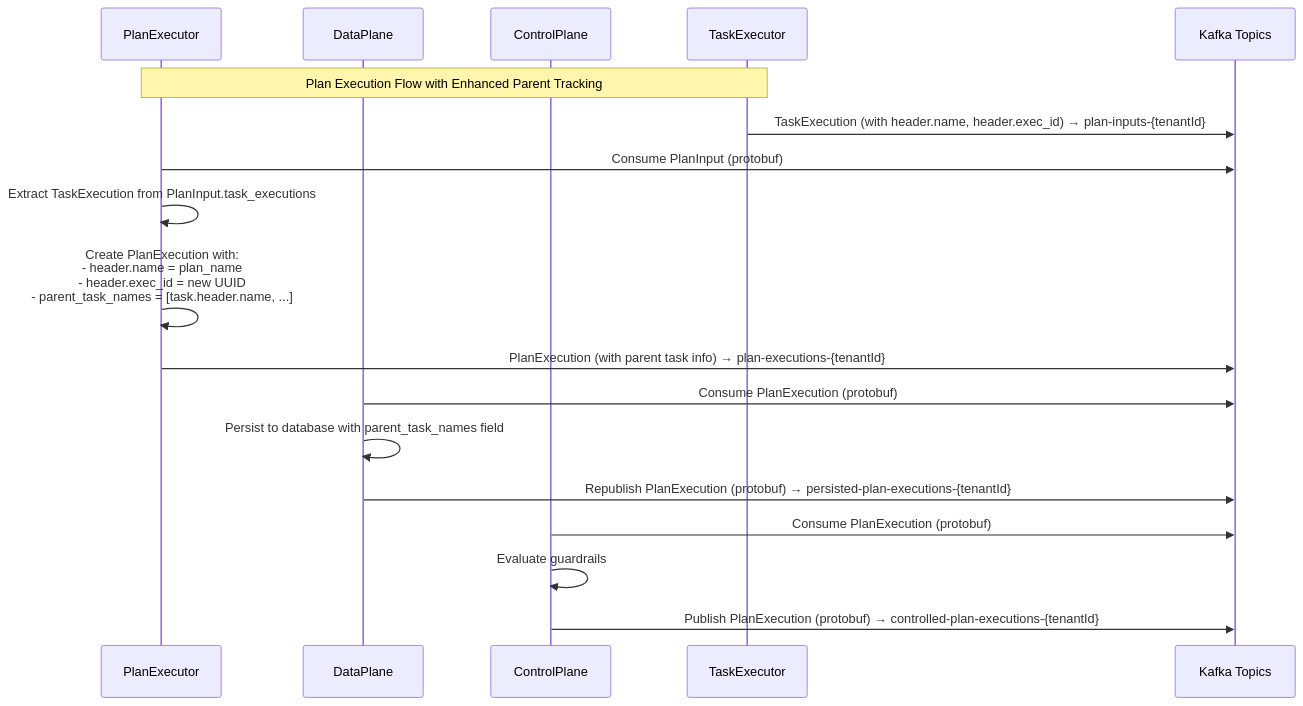
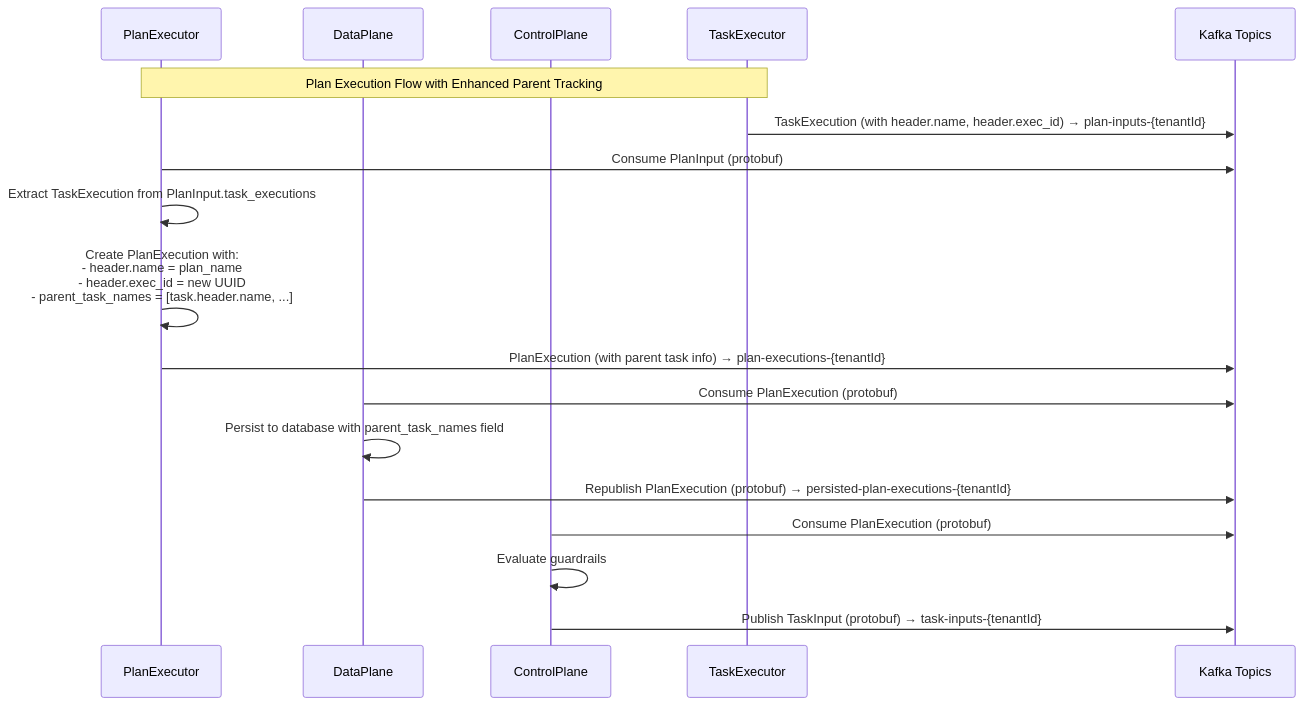
The third of 3 diagrams in docs/DataFlow.md (paul-callahan/scalable-agent-framework), drawn with Mermaid before and after one commit. The commit also changed other lines of this file and 16 other files, not shown here.

````diff
--- a/docs/DataFlow.md
+++ b/docs/DataFlow.md
@@ -95,22 +99,22 @@
 ```mermaid
 sequenceDiagram
     participant PE as PlanExecutor
     participant DP as DataPlane
     participant CP as ControlPlane
     participant TE as TaskExecutor
     participant K as Kafka Topics
 
     Note over PE,TE: Plan Execution Flow with Enhanced Parent Tracking
 
     TE->>K: TaskExecution (with header.name, header.exec_id) → plan-inputs-{tenantId}
     PE->>K: Consume PlanInput (protobuf)
     PE->>PE: Extract TaskExecution from PlanInput.task_executions
     PE->>PE: Create PlanExecution with:<br/>- header.name = plan_name<br/>- header.exec_id = new UUID<br/>- parent_task_names = [task.header.name, ...]
     PE->>K: PlanExecution (with parent task info) → plan-executions-{tenantId}
     DP->>K: Consume PlanExecution (protobuf)
     DP->>DP: Persist to database with parent_task_names field
     DP->>K: Republish PlanExecution (protobuf) → persisted-plan-executions-{tenantId}
     CP->>K: Consume PlanExecution (protobuf)
     CP->>CP: Evaluate guardrails
-    CP->>K: Publish PlanExecution (protobuf) → controlled-plan-executions-{tenantId}
+    CP->>K: Publish TaskInput (protobuf) → task-inputs-{tenantId}
 ```
````
